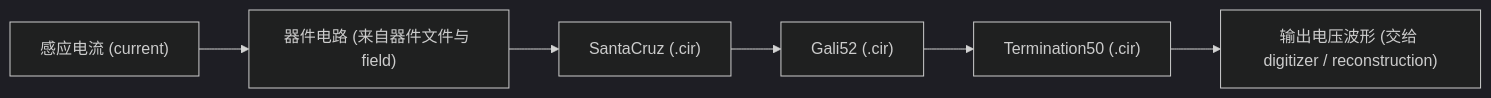
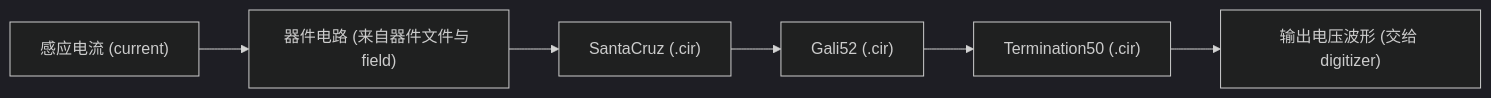
The diagram in docs/cn/components/readout.md (raser-team/raser), drawn with Mermaid (dark theme) before and after one commit. The commit also changed other lines of this file and 37 other files, not shown here.

````diff
--- a/docs/cn/components/readout.md
+++ b/docs/cn/components/readout.md
@@ -5,8 +5,8 @@
 ```mermaid
 flowchart LR
     CUR["感应电流 (current)"] --> DEV["器件电路 (来自器件文件与 field)"]
     DEV --> S1["SantaCruz (.cir)"]
     S1 --> S2["Gali52 (.cir)"]
     S2 --> LOAD["Termination50 (.cir)"]
-    LOAD --> OUT["输出电压波形 (交给 digitizer / reconstruction)"]
+    LOAD --> OUT["输出电压波形 (交给 digitizer)"]
 ```
````
